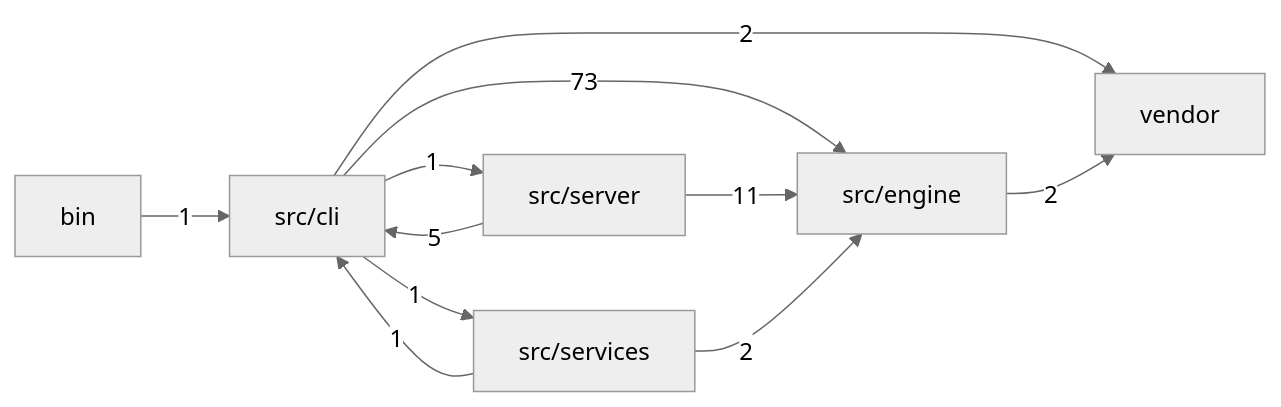
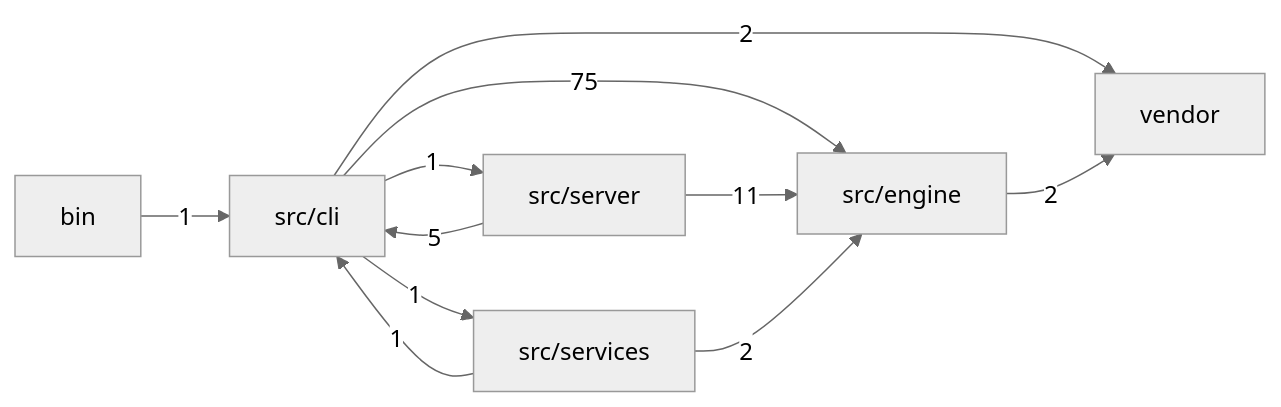
Before and after one commit to mgillr/memev: the first of 2 diagrams in docs/MODULES.md, drawn with Mermaid (neutral theme). The commit also changed other lines of this file, not shown here.

````diff
--- a/docs/MODULES.md
+++ b/docs/MODULES.md
@@ -11,19 +11,19 @@
 ```mermaid
 flowchart LR
   bin["bin"]
   cli["src/cli"]
   engine["src/engine"]
   server["src/server"]
   services["src/services"]
   vendor["vendor"]
   bin -->|"1"| cli
-  cli -->|"73"| engine
+  cli -->|"75"| engine
   cli -->|"1"| server
   cli -->|"1"| services
   cli -->|"2"| vendor
   engine -->|"2"| vendor
   server -->|"5"| cli
   server -->|"11"| engine
   services -->|"1"| cli
   services -->|"2"| engine
 ```
````
